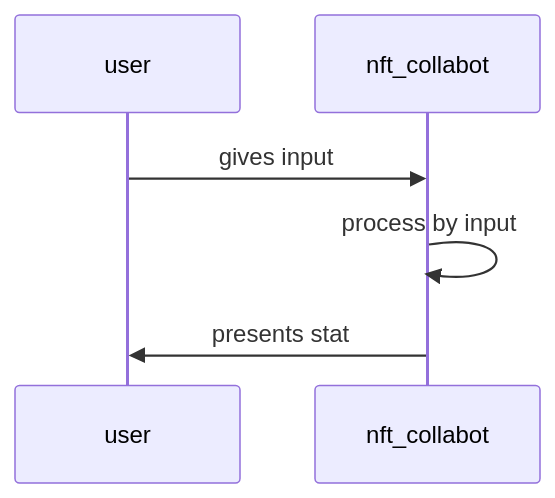
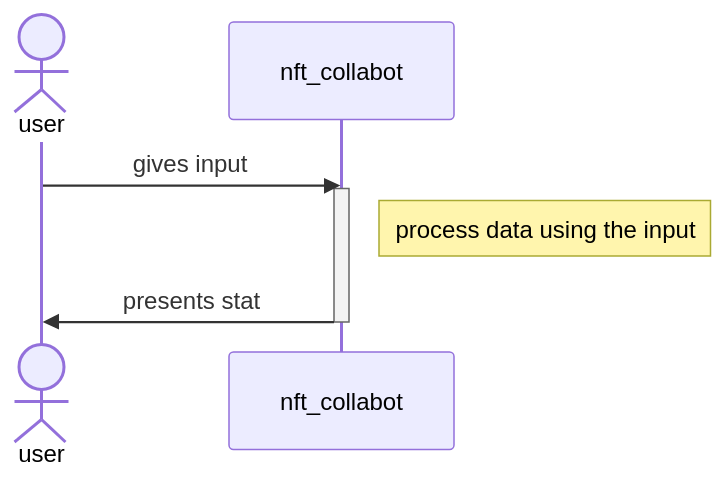
One commit to EmirhanServeren/NFT-CollaBot changed the diagram in README.md. Above: the diagram before and after it, drawn with Mermaid.

````diff
--- a/README.md
+++ b/README.md
@@ -51,8 +51,10 @@
 ```mermaid
 sequenceDiagram
-    participant user
+    actor user
     participant nft_collabot
     user->>nft_collabot: gives input
-    nft_collabot->>nft_collabot: process by input
+    activate nft_collabot
+    Note right of nft_collabot: process data using the input
     nft_collabot->>user: presents stat
+    deactivate nft_collabot
 ```
````
